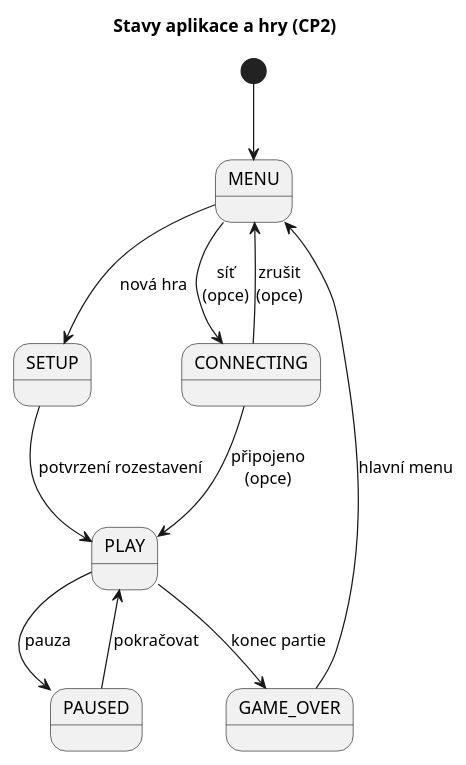
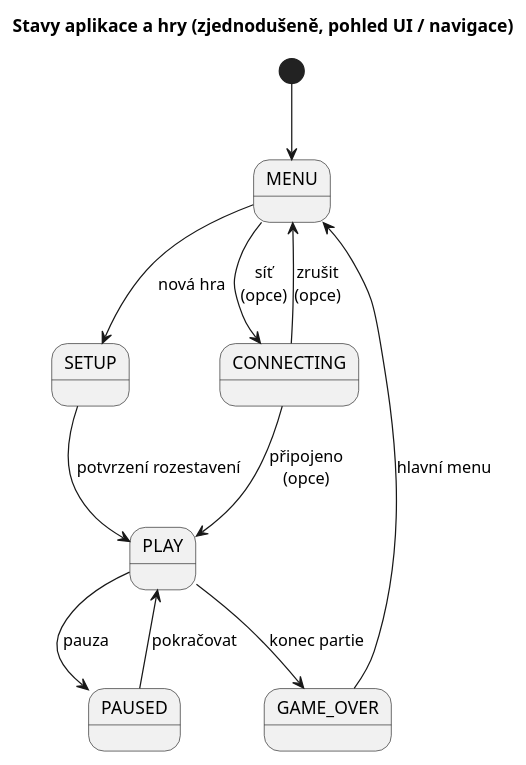
The diagram in Dokumentace/puml/state-game.puml (vladimirzubkov/sem-pjv-arimaa), drawn with PlantUML before and after one commit. The commit also changed 5 other files, not shown here.

First line of the commit message:
Technická dokumentace: síťový sequence diagram a úpravy PlantUML.

```diff
--- a/Dokumentace/puml/state-game.puml
+++ b/Dokumentace/puml/state-game.puml
@@ -1,17 +1,17 @@
 @startuml state-game
-title Stavy aplikace a hry (CP2)
+title Stavy aplikace a hry (zjednodušeně, pohled UI / navigace)
 
 [*] --> MENU
 
 MENU --> SETUP : nová hra
 MENU --> CONNECTING : síť\n(opce)
 SETUP --> PLAY : potvrzení rozestavení
 PLAY --> PAUSED : pauza
 PAUSED --> PLAY : pokračovat
 PLAY --> GAME_OVER : konec partie
 GAME_OVER --> MENU : hlavní menu
 
 CONNECTING --> PLAY : připojeno\n(opce)
 CONNECTING --> MENU : zrušit\n(opce)
 
 @enduml
```
